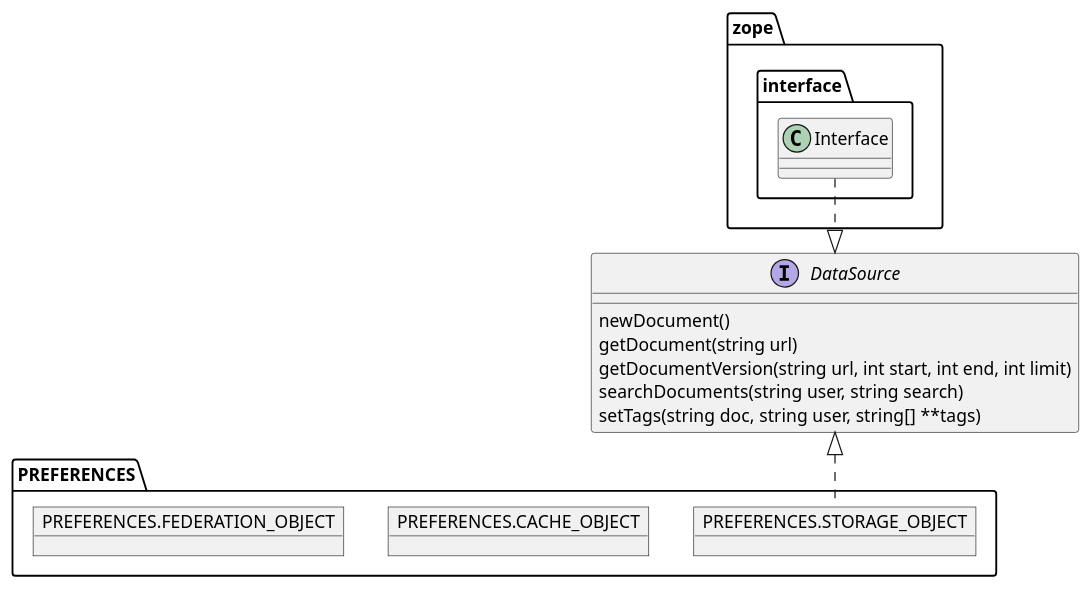
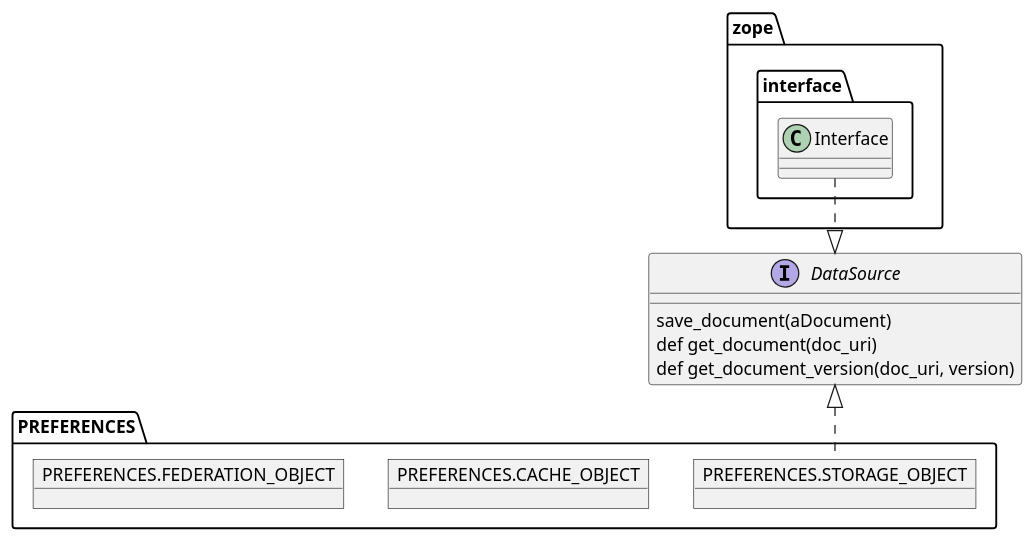
The first of 2 diagrams in pyofwave_server/docs/source/Extending/CoreModule.rst (ImaginationForPeople/PyOfWave), drawn with PlantUML before and after one commit. The commit also changed other lines of this file and 2 other files, not shown here.

```diff
--- a/pyofwave_server/docs/source/Extending/CoreModule.rst
+++ b/pyofwave_server/docs/source/Extending/CoreModule.rst
@@ -11,15 +11,13 @@
 .. uml::
    interface DataSource
    object PREFERENCES.STORAGE_OBJECT
    object PREFERENCES.CACHE_OBJECT
    object PREFERENCES.FEDERATION_OBJECT
 
    zope.interface.Interface ..|> DataSource
 
    DataSource <|.. PREFERENCES.STORAGE_OBJECT
 
-   DataSource : newDocument()
-   DataSource : getDocument(string url)
-   DataSource : getDocumentVersion(string url, int start, int end, int limit)
-   DataSource : searchDocuments(string user, string search)
-   DataSource : setTags(string doc, string user, string[] **tags)
+   DataSource : save_document(aDocument)
+   DataSource : def get_document(doc_uri)
+   DataSource : def get_document_version(doc_uri, version)
```
